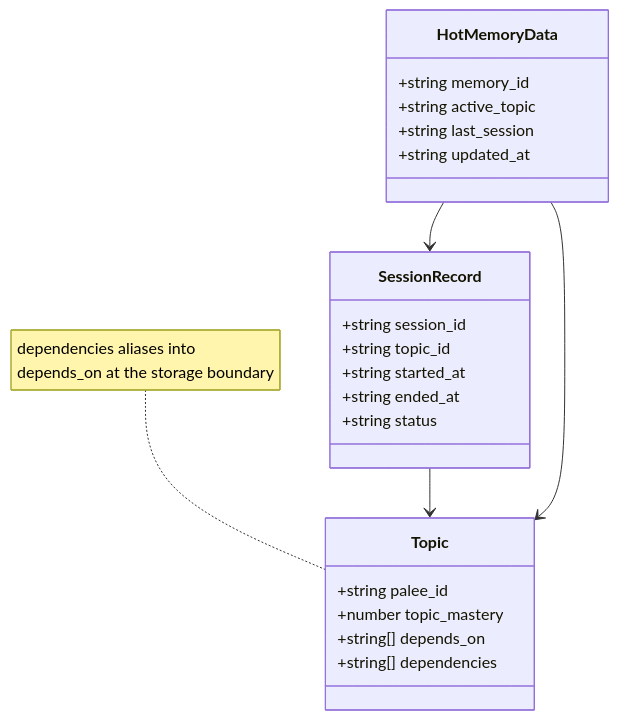
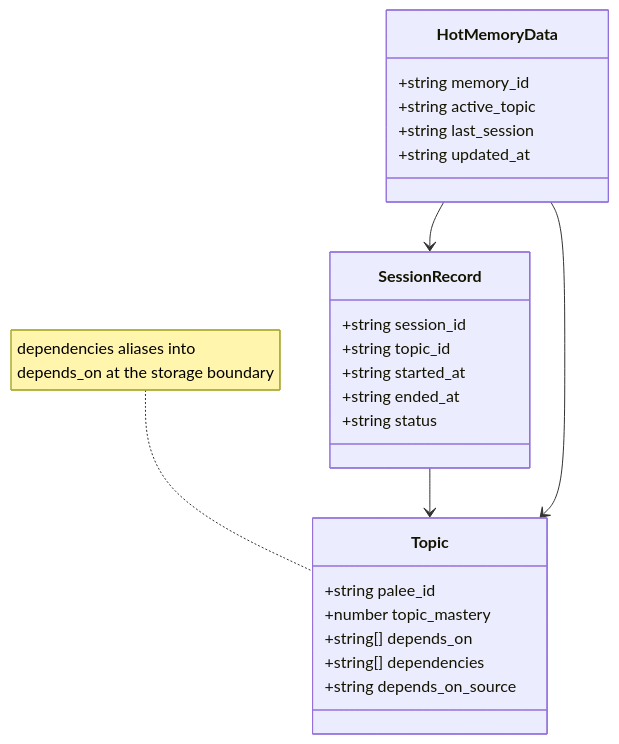
One commit to Kuldeep2822k/cli changed the third of 3 diagrams in docs/09-glossary.md. Above: the diagram before and after it, drawn with Mermaid. The commit also changed other lines of this file and 5 other files, not shown here.

````diff
--- a/docs/09-glossary.md
+++ b/docs/09-glossary.md
@@ -149,26 +150,27 @@
 ```mermaid
 classDiagram
     class HotMemoryData {
         +string memory_id
         +string active_topic
         +string last_session
         +string updated_at
     }
     class SessionRecord {
         +string session_id
         +string topic_id
         +string started_at
         +string ended_at
         +string status
     }
     class Topic {
         +string palee_id
         +number topic_mastery
         +string[] depends_on
         +string[] dependencies
+        +string depends_on_source
     }
     note for Topic "dependencies aliases into<br/>depends_on at the storage boundary"
     HotMemoryData --> SessionRecord
     SessionRecord --> Topic
     HotMemoryData --> Topic
 ```
````
